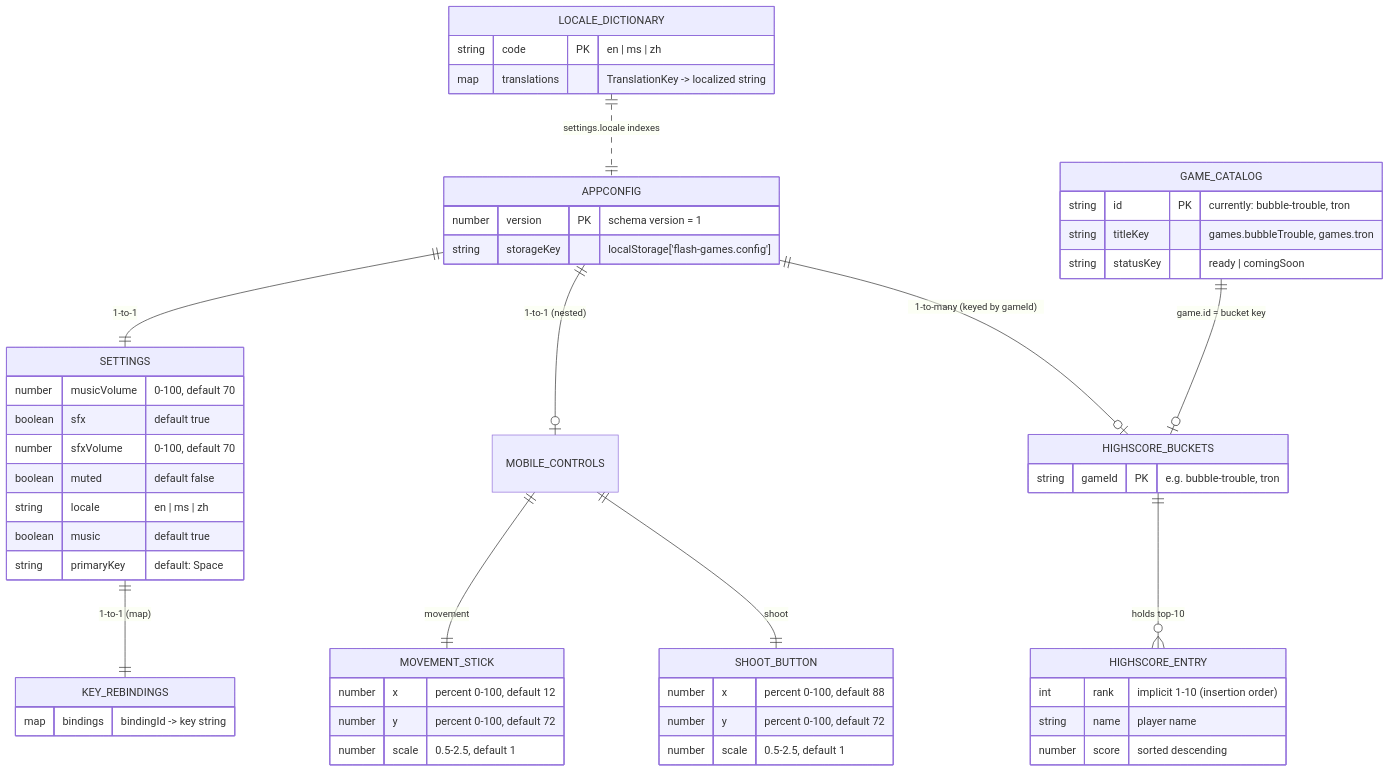
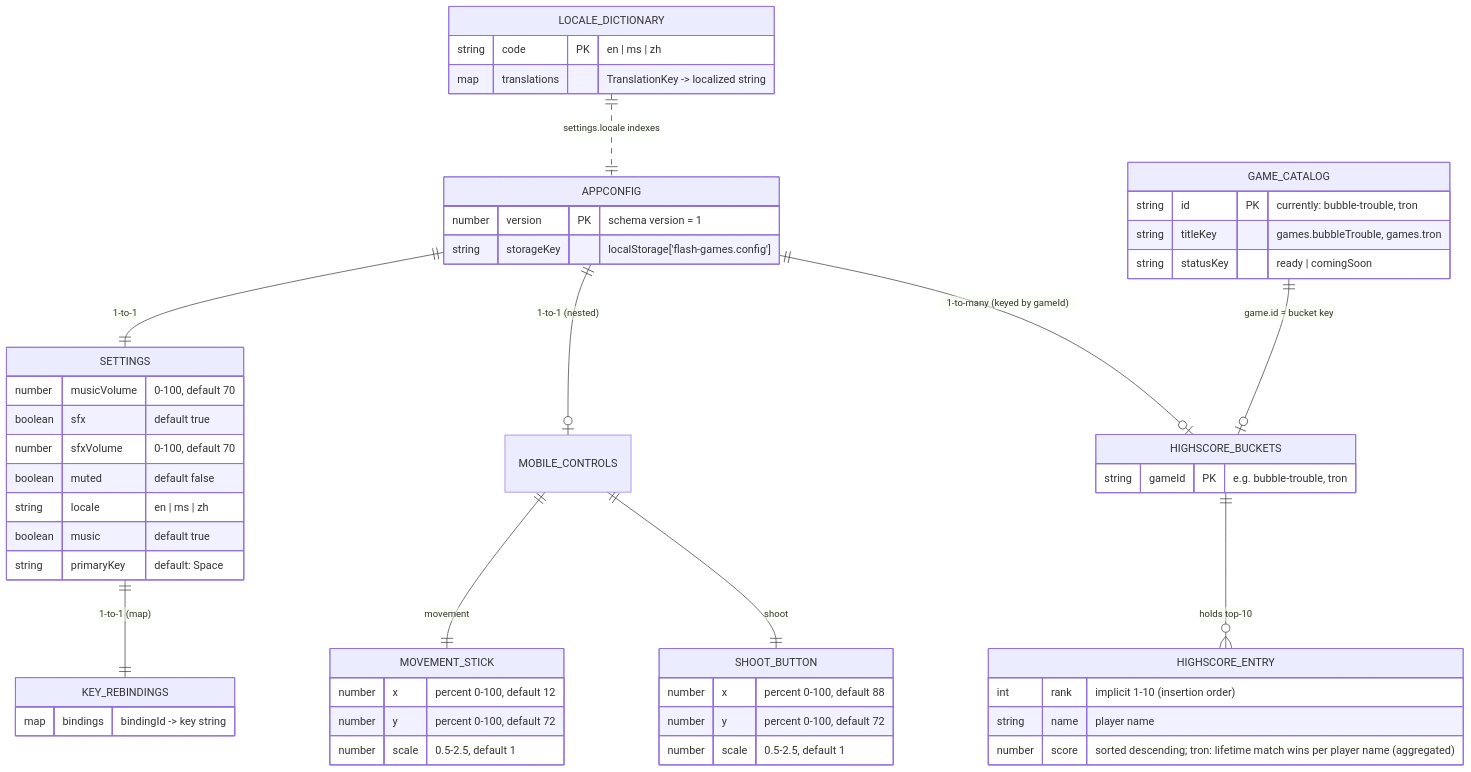
One commit to EdwardOYM/react-flash-games changed the diagram in .github/diagram/database-schema.md. Above: the diagram before and after it, drawn with Mermaid. The commit also changed other lines of this file and 8 other files, not shown here.

Commit message:
Refactor Tron game highscore management to record match wins per player and update UI for player names and scores

````diff
--- a/.github/diagram/database-schema.md
+++ b/.github/diagram/database-schema.md
@@ -31,61 +31,61 @@
 ```mermaid
 erDiagram
     APPCONFIG ||--|| SETTINGS : "1-to-1"
     APPCONFIG ||--o| MOBILE_CONTROLS : "1-to-1 (nested)"
     APPCONFIG ||--o| HIGHSCORE_BUCKETS : "1-to-many (keyed by gameId)"
     APPCONFIG {
         number version PK "schema version = 1"
         string storageKey "localStorage['flash-games.config']"
     }
 
     SETTINGS ||--|| KEY_REBINDINGS : "1-to-1 (map)"
     SETTINGS {
         number musicVolume "0-100, default 70"
         boolean sfx "default true"
         number sfxVolume "0-100, default 70"
         boolean muted "default false"
         string locale "en | ms | zh"
         boolean music "default true"
         string primaryKey "default: Space"
     }
 
     KEY_REBINDINGS {
         map bindings "bindingId -> key string"
     }
 
     MOBILE_CONTROLS ||--|| MOVEMENT_STICK : "movement"
     MOBILE_CONTROLS ||--|| SHOOT_BUTTON : "shoot"
     MOVEMENT_STICK {
         number x "percent 0-100, default 12"
         number y "percent 0-100, default 72"
         number scale "0.5-2.5, default 1"
     }
     SHOOT_BUTTON {
         number x "percent 0-100, default 88"
         number y "percent 0-100, default 72"
         number scale "0.5-2.5, default 1"
     }
 
     GAME_CATALOG {
         string id PK "currently: bubble-trouble, tron"
         string titleKey "games.bubbleTrouble, games.tron"
         string statusKey "ready | comingSoon"
     }
     GAME_CATALOG ||--o| HIGHSCORE_BUCKETS : "game.id = bucket key"
 
     HIGHSCORE_BUCKETS {
         string gameId PK "e.g. bubble-trouble, tron"
     }
     HIGHSCORE_BUCKETS ||--o{ HIGHSCORE_ENTRY : "holds top-10"
     HIGHSCORE_ENTRY {
         int rank "implicit 1-10 (insertion order)"
         string name "player name"
-        number score "sorted descending"
+        number score "sorted descending; tron: lifetime match wins per player name (aggregated)"
     }
 
     LOCALE_DICTIONARY ||..|| APPCONFIG : "settings.locale indexes"
     LOCALE_DICTIONARY {
         string code PK "en | ms | zh"
         map translations "TranslationKey -> localized string"
     }
 ```
````
